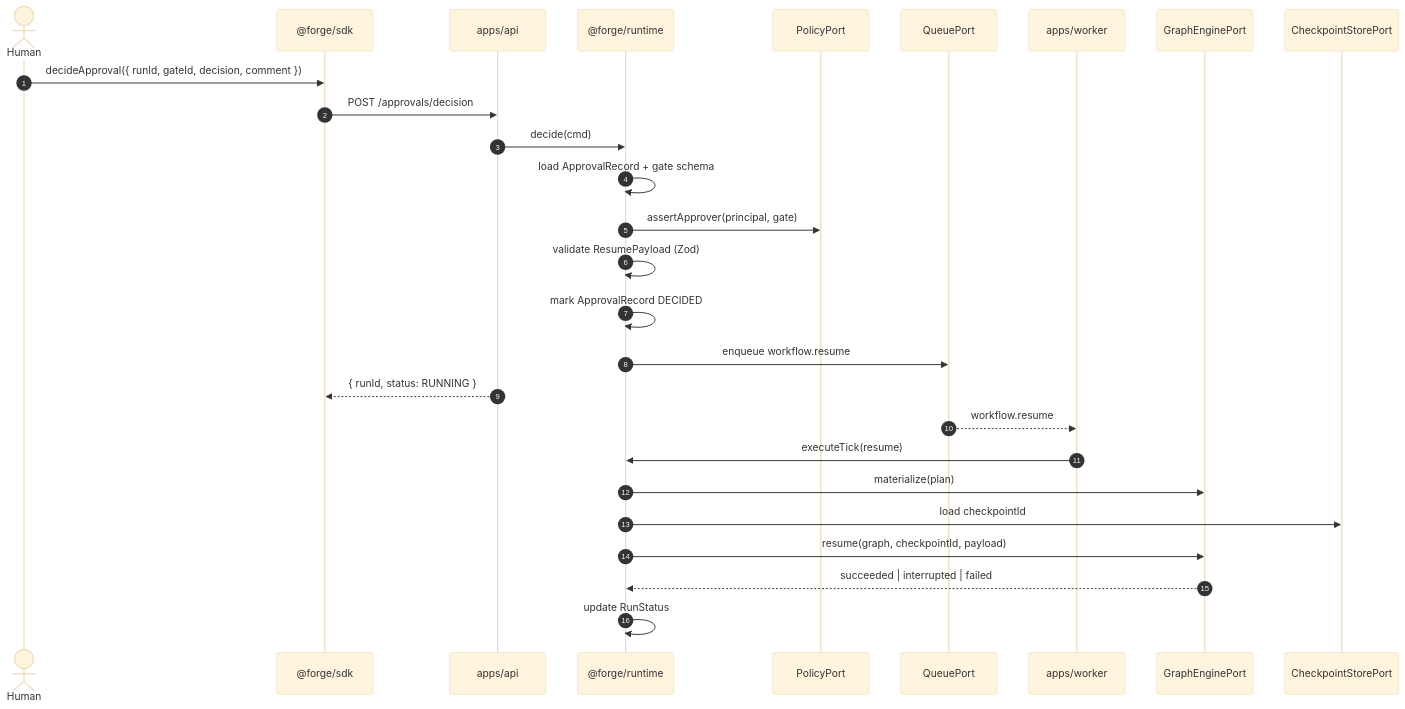
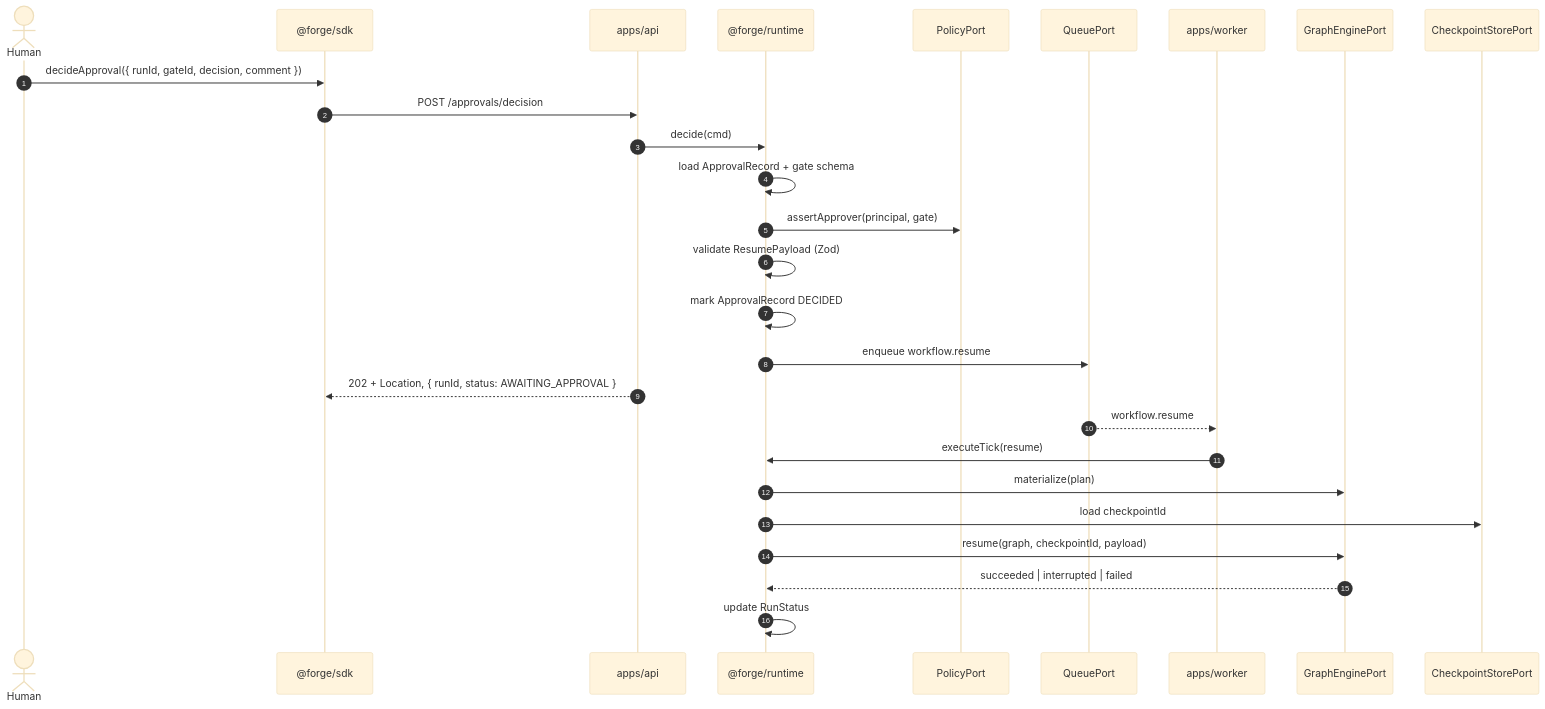
The third of 4 diagrams in docs/006-runtime.md (boice-gusto/forge), drawn with Mermaid (base theme) before and after one commit. The commit also changed other lines of this file and 15 other files, not shown here.

````diff
--- a/docs/006-runtime.md
+++ b/docs/006-runtime.md
@@ -337,31 +337,31 @@
 ```mermaid
 sequenceDiagram
   autonumber
   actor Human
   participant SDK as @forge/sdk
   participant API as apps/api
   participant RT as @forge/runtime
   participant Policy as PolicyPort
   participant Q as QueuePort
   participant W as apps/worker
   participant GE as GraphEnginePort
   participant CP as CheckpointStorePort
 
   Human->>SDK: decideApproval({ runId, gateId, decision, comment })
   SDK->>API: POST /approvals/decision
   API->>RT: decide(cmd)
   RT->>RT: load ApprovalRecord + gate schema
   RT->>Policy: assertApprover(principal, gate)
   RT->>RT: validate ResumePayload (Zod)
   RT->>RT: mark ApprovalRecord DECIDED
   RT->>Q: enqueue workflow.resume
-  API-->>SDK: { runId, status: RUNNING }
+  API-->>SDK: 202 + Location, { runId, status: AWAITING_APPROVAL }
 
   Q-->>W: workflow.resume
   W->>RT: executeTick(resume)
   RT->>GE: materialize(plan)
   RT->>CP: load checkpointId
   RT->>GE: resume(graph, checkpointId, payload)
   GE-->>RT: succeeded | interrupted | failed
   RT->>RT: update RunStatus
 ```
````
